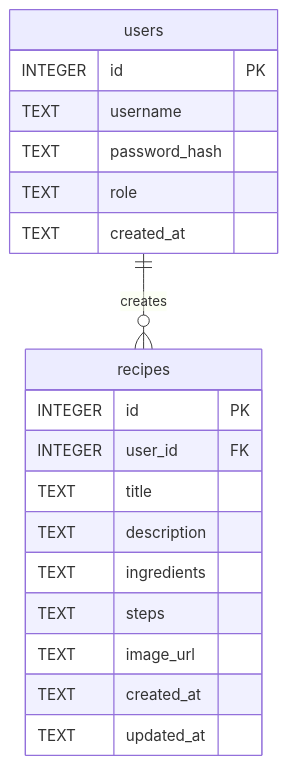
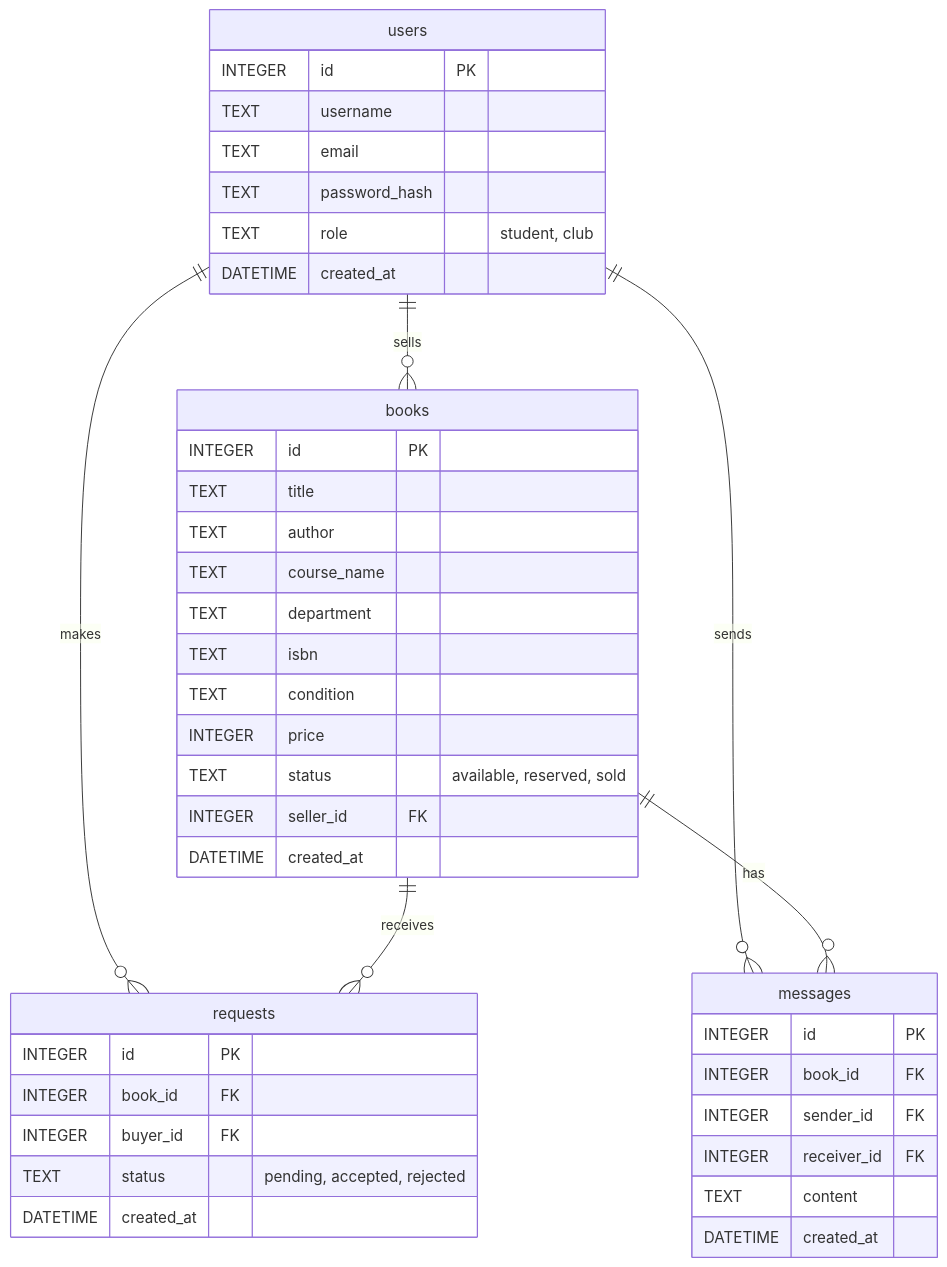
One commit to D1420337/web_app_development changed the diagram in docs/DB_DESIGN.md. Above: the diagram before and after it, drawn with Mermaid. The commit also changed other lines of this file and 6 other files, not shown here.

Commit message:
feat: add database schema and models

````diff
--- a/docs/DB_DESIGN.md
+++ b/docs/DB_DESIGN.md
@@ -7,24 +5,48 @@
 ```mermaid
 erDiagram
-  users {
-    INTEGER id PK
-    TEXT username
-    TEXT password_hash
-    TEXT role
-    TEXT created_at
-  }
-  
-  recipes {
-    INTEGER id PK
-    INTEGER user_id FK
-    TEXT title
-    TEXT description
-    TEXT ingredients
-    TEXT steps
-    TEXT image_url
-    TEXT created_at
-    TEXT updated_at
-  }
+    users {
+        INTEGER id PK
+        TEXT username
+        TEXT email
+        TEXT password_hash
+        TEXT role "student, club"
+        DATETIME created_at
+    }
+    
+    books {
+        INTEGER id PK
+        TEXT title
+        TEXT author
+        TEXT course_name
+        TEXT department
+        TEXT isbn
+        TEXT condition
+        INTEGER price
+        TEXT status "available, reserved, sold"
+        INTEGER seller_id FK
+        DATETIME created_at
+    }
 
-  users ||--o{ recipes : "creates"
+    requests {
+        INTEGER id PK
+        INTEGER book_id FK
+        INTEGER buyer_id FK
+        TEXT status "pending, accepted, rejected"
+        DATETIME created_at
+    }
+
+    messages {
+        INTEGER id PK
+        INTEGER book_id FK
+        INTEGER sender_id FK
+        INTEGER receiver_id FK
+        TEXT content
+        DATETIME created_at
+    }
+
+    users ||--o{ books : "sells"
+    users ||--o{ requests : "makes"
+    users ||--o{ messages : "sends"
+    books ||--o{ requests : "receives"
+    books ||--o{ messages : "has"
 ```
````
